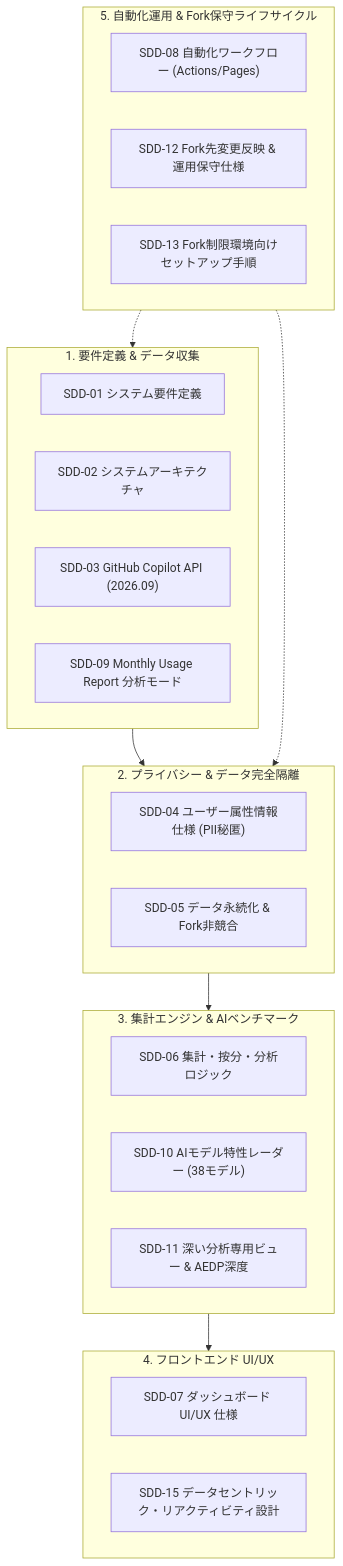
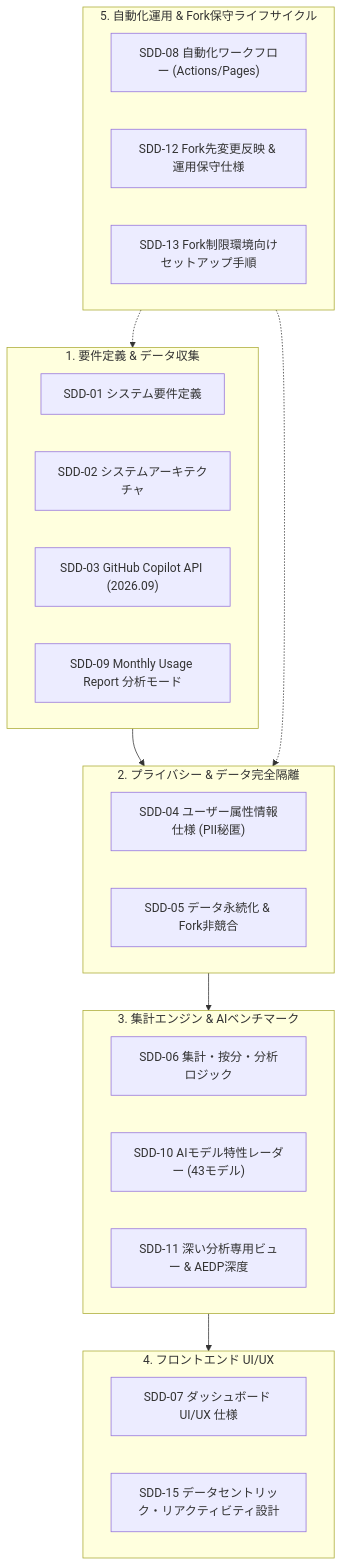
One commit to sun-flat-yamada/github-copilot-dashboard changed the diagram in docs/specifications/README.ja.md. Above: the diagram before and after it, drawn with Mermaid. The commit also changed other lines of this file and 13 other files, not shown here.

````diff
--- a/docs/specifications/README.ja.md
+++ b/docs/specifications/README.ja.md
@@ -13,35 +13,35 @@
 ```mermaid
 flowchart TD
     subgraph D1["1. 要件定義 & データ収集"]
         S01["SDD-01 システム要件定義"]
         S02["SDD-02 システムアーキテクチャ"]
         S03["SDD-03 GitHub Copilot API (2026.09)"]
         S09["SDD-09 Monthly Usage Report 分析モード"]
     end
 
     subgraph D2["2. プライバシー & データ完全隔離"]
         S04["SDD-04 ユーザー属性情報仕様 (PII秘匿)"]
         S05["SDD-05 データ永続化 & Fork非競合"]
     end
 
     subgraph D3["3. 集計エンジン & AIベンチマーク"]
         S06["SDD-06 集計・按分・分析ロジック"]
-        S10["SDD-10 AIモデル特性レーダー (38モデル)"]
+        S10["SDD-10 AIモデル特性レーダー (43モデル)"]
         S11["SDD-11 深い分析専用ビュー & AEDP深度"]
     end
 
     subgraph D4["4. フロントエンド UI/UX"]
         S07["SDD-07 ダッシュボード UI/UX 仕様"]
         S15["SDD-15 データセントリック・リアクティビティ設計"]
     end
 
     subgraph D5["5. 自動化運用 & Fork保守ライフサイクル"]
         S08["SDD-08 自動化ワークフロー (Actions/Pages)"]
         S12["SDD-12 Fork先変更反映 & 運用保守仕様"]
         S13["SDD-13 Fork制限環境向けセットアップ手順"]
     end
 
     D1 --> D2 --> D3 --> D4
     D5 -.-> D1
     D5 -.-> D2
 ```
````
